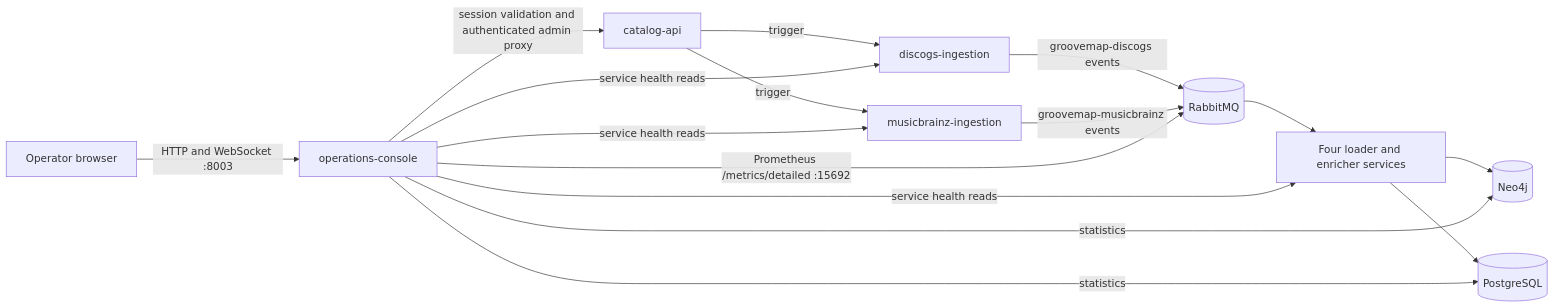
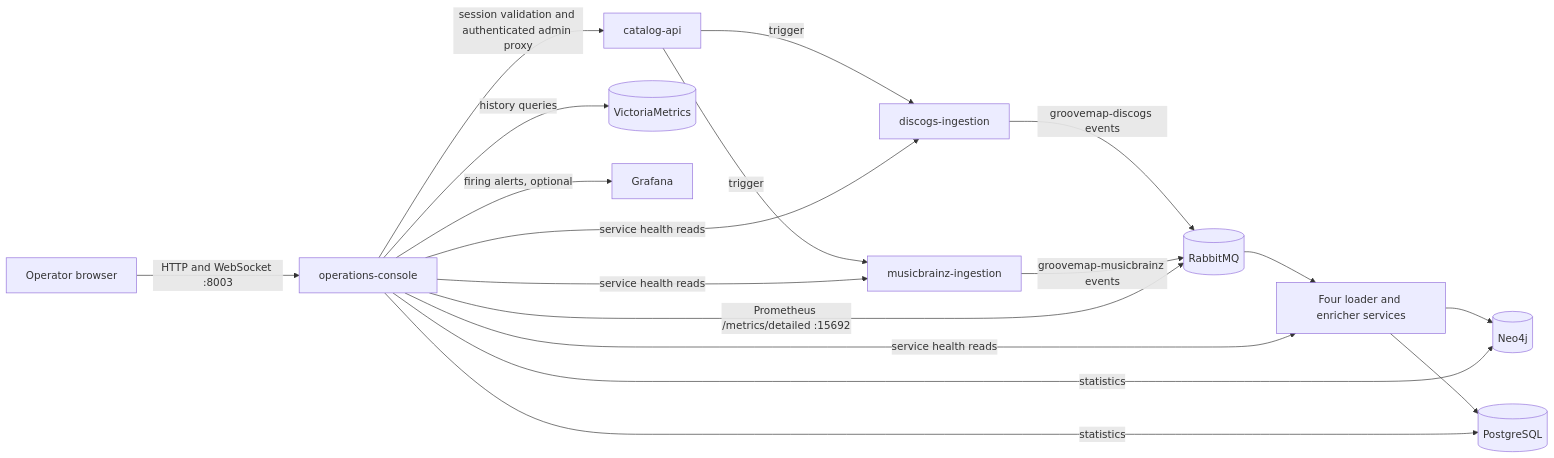
The first of 3 diagrams in docs/architecture.md (groovemap-music/operations-console), drawn with Mermaid before and after one commit. The commit also changed 5 other files, not shown here.

````diff
--- a/docs/architecture.md
+++ b/docs/architecture.md
@@ -5,18 +5,20 @@
 ```mermaid
 flowchart LR
     Operator[Operator browser] -->|HTTP and WebSocket :8003| Console[operations-console]
     Console -->|session validation and authenticated admin proxy| Catalog[catalog-api]
     Catalog -->|trigger| DiscogsIngestion[discogs-ingestion]
     Catalog -->|trigger| MusicBrainzIngestion[musicbrainz-ingestion]
     DiscogsIngestion -->|groovemap-discogs events| RabbitMQ[(RabbitMQ)]
     MusicBrainzIngestion -->|groovemap-musicbrainz events| RabbitMQ
     RabbitMQ --> Consumers[Four loader and enricher services]
     Consumers --> Neo4j[(Neo4j)]
     Consumers --> Postgres[(PostgreSQL)]
     Console -->|service health reads| DiscogsIngestion
     Console -->|service health reads| MusicBrainzIngestion
     Console -->|service health reads| Consumers
     Console -->|Prometheus /metrics/detailed :15692| RabbitMQ
     Console -->|statistics| Neo4j
     Console -->|statistics| Postgres
+    Console -->|history queries| VictoriaMetrics[(VictoriaMetrics)]
+    Console -->|firing alerts, optional| Grafana[Grafana]
 ```
````
